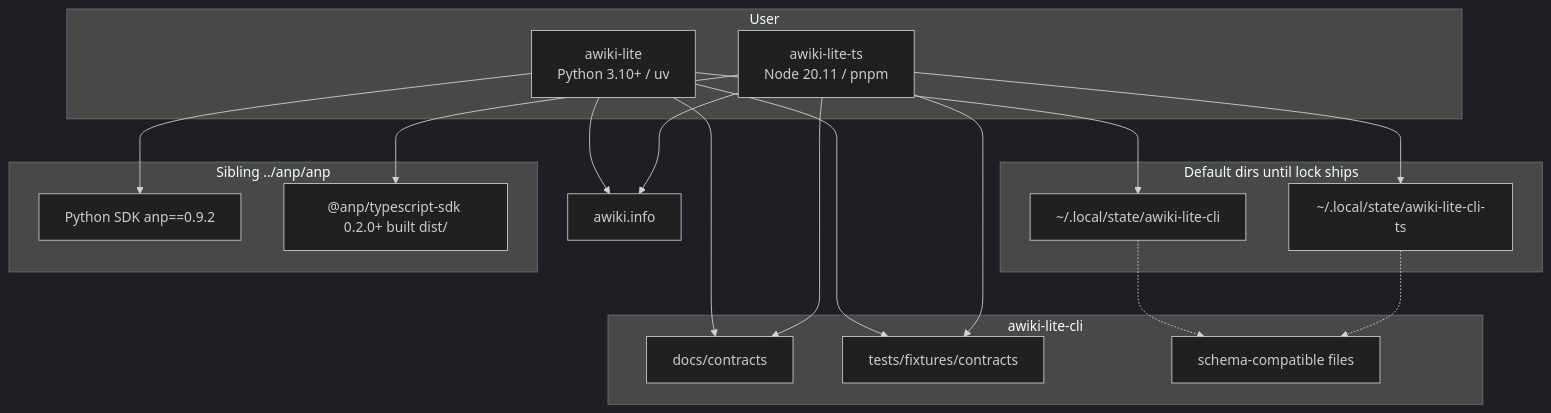
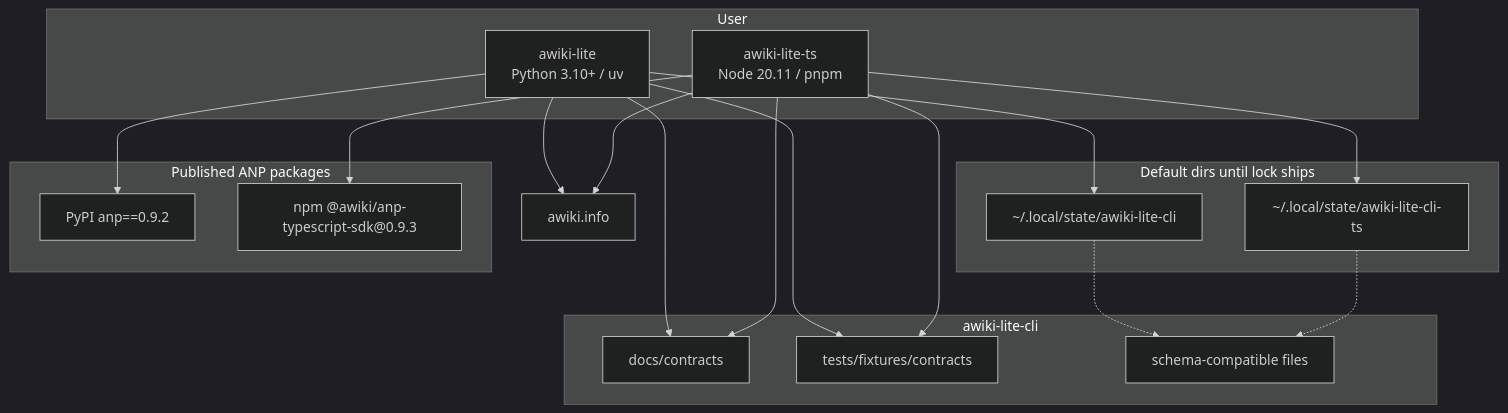
The first of 2 diagrams in docs/plan/ts-parallel.md (AgentConnect/awiki-lite-cli), drawn with Mermaid (dark theme) before and after one commit. The commit also changed other lines of this file and 120 other files, not shown here.

````diff
--- a/docs/plan/ts-parallel.md
+++ b/docs/plan/ts-parallel.md
@@ -187,38 +199,38 @@
 ```mermaid
 flowchart TB
   subgraph user [User]
     PY["awiki-lite<br/>Python 3.10+ / uv"]
     TS["awiki-lite-ts<br/>Node 20.11 / pnpm"]
   end
 
   subgraph repo [awiki-lite-cli]
     UX["docs/contracts"]
     FIX["tests/fixtures/contracts"]
     STATE["schema-compatible files"]
   end
 
   subgraph defaults [Default dirs until lock ships]
     PYDIR["~/.local/state/awiki-lite-cli"]
     TSDIR["~/.local/state/awiki-lite-cli-ts"]
   end
 
-  subgraph anp [Sibling ../anp/anp]
-    PYSDK["Python SDK anp==0.9.2"]
-    TSSDK["@anp/typescript-sdk 0.2.0+ built dist/"]
+  subgraph anp [Published ANP packages]
+    PYSDK["PyPI anp==0.9.2"]
+    TSSDK["npm @awiki/anp-typescript-sdk@0.9.3"]
   end
 
   SVC["awiki.info"]
 
   PY --> UX
   TS --> UX
   PY --> FIX
   TS --> FIX
   PY --> PYDIR
   TS --> TSDIR
   PYDIR -.-> STATE
   TSDIR -.-> STATE
   PY --> PYSDK
   TS --> TSSDK
   PY --> SVC
   TS --> SVC
 ```
````
